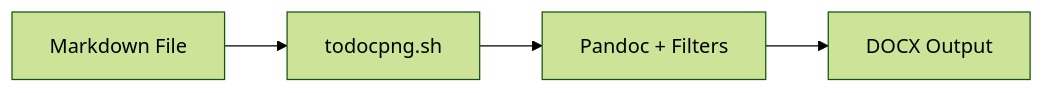
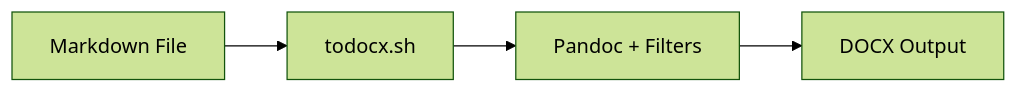
One commit to dagurbj/Proseform changed the diagram in DEMO.md. Above: the diagram before and after it, drawn with Mermaid (forest theme). The commit also changed other lines of this file and 3 other files, not shown here.

````diff
--- a/DEMO.md
+++ b/DEMO.md
@@ -42,6 +42,6 @@
 ```mermaid {caption="Document conversion flow from Markdown to DOCX #fig:doc-flow"}
 flowchart LR
-    A[Markdown File] --> B[todocpng.sh]
+    A[Markdown File] --> B[todocx.sh]
     B --> C[Pandoc + Filters]
     C --> D[DOCX Output]
 ```
````
